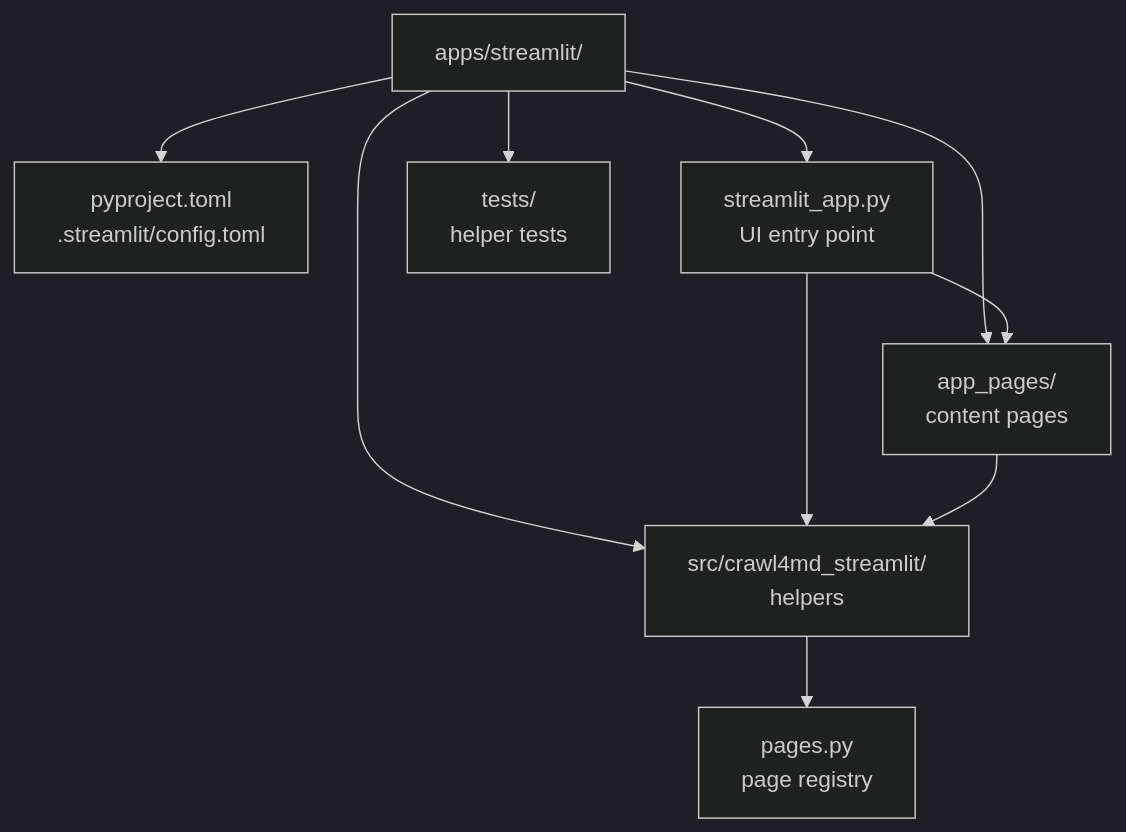
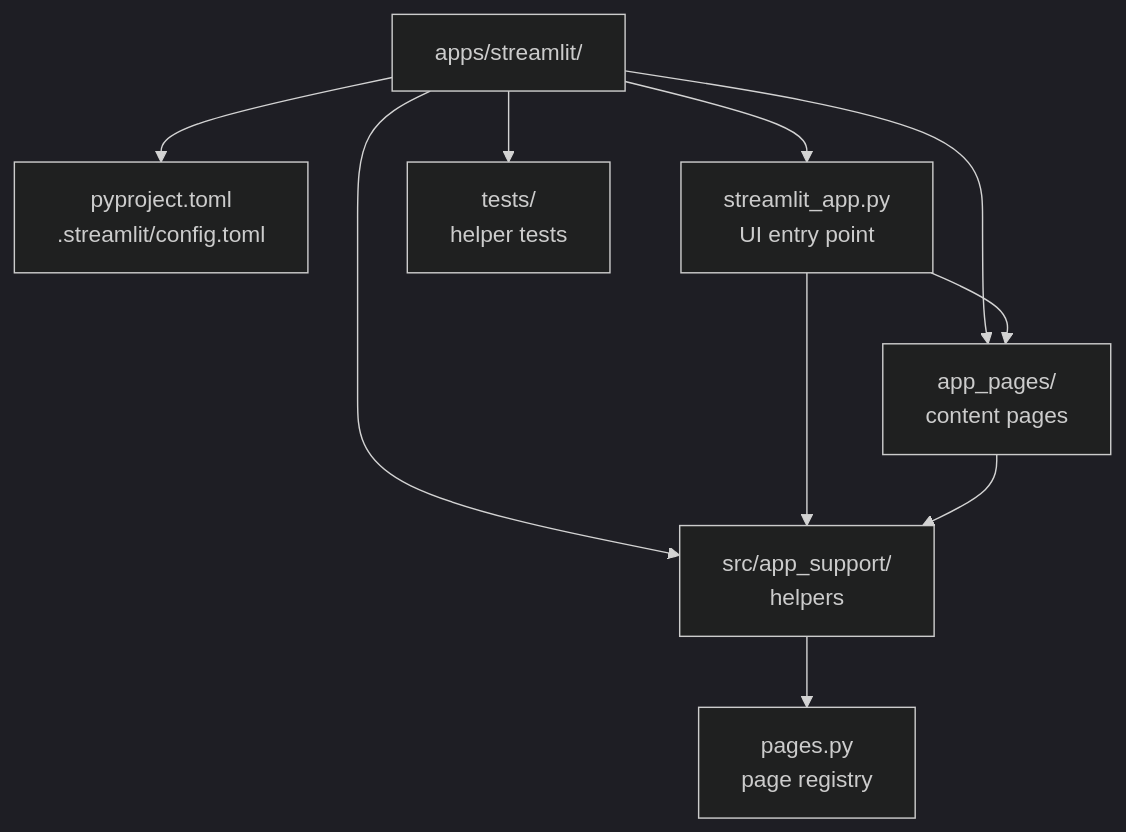
Before and after one commit to prakosd/rag-playground: the first of 7 diagrams in apps/streamlit/README.md, drawn with Mermaid (dark theme). The commit also changed other lines of this file and 105 other files, not shown here.

First line of the commit message:
Refactor imports and update settings for app_support

````diff
--- a/apps/streamlit/README.md
+++ b/apps/streamlit/README.md
@@ -14,13 +14,13 @@
 ```mermaid
 flowchart TD
   Root["apps/streamlit/"]
   Root --> Config["pyproject.toml<br/>.streamlit/config.toml"]
   Root --> App["streamlit_app.py<br/>UI entry point"]
   Root --> AppPages["app_pages/<br/>content pages"]
-  Root --> HelpersRoot["src/crawl4md_streamlit/<br/>helpers"]
+  Root --> HelpersRoot["src/app_support/<br/>helpers"]
   Root --> TestsRoot["tests/<br/>helper tests"]
   App --> AppPages
   App --> HelpersRoot
   AppPages --> HelpersRoot
   HelpersRoot --> Pages["pages.py<br/>page registry"]
 ```
````
